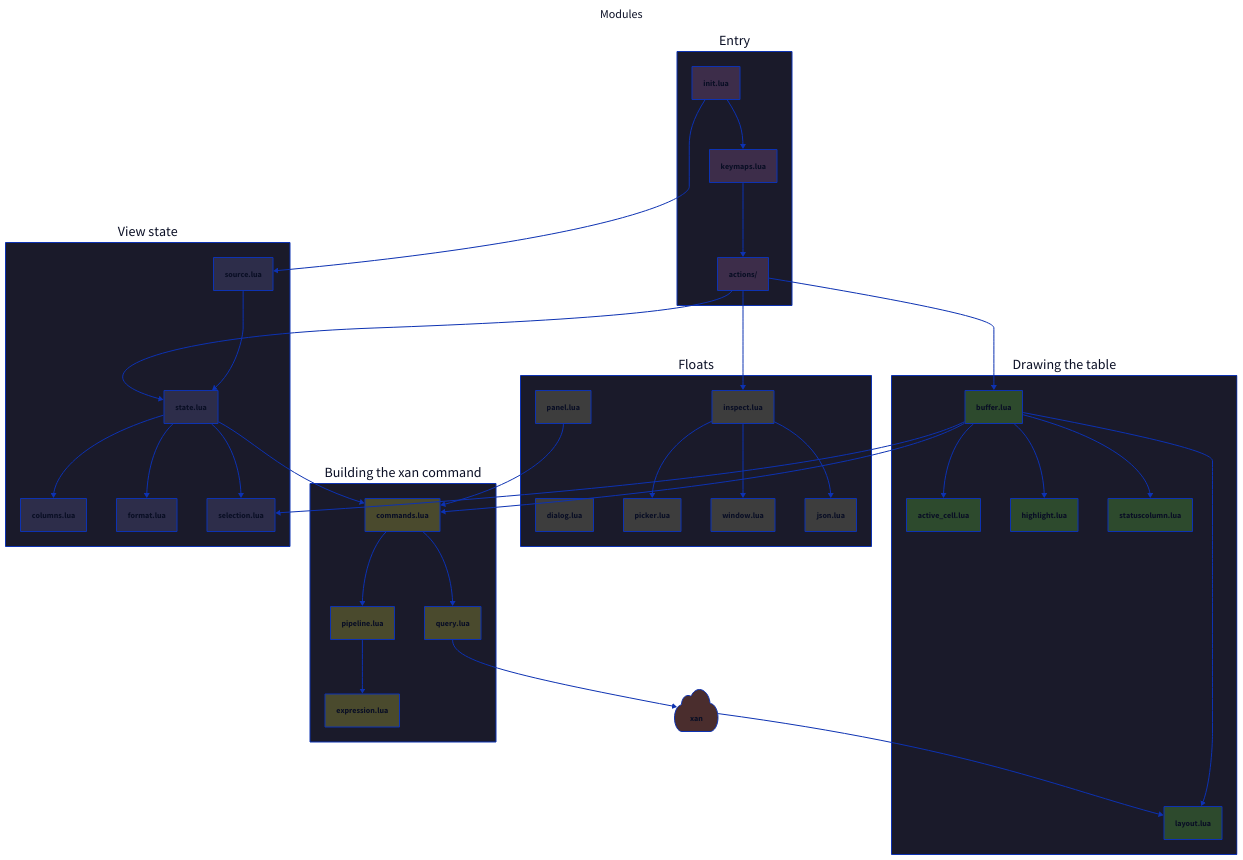
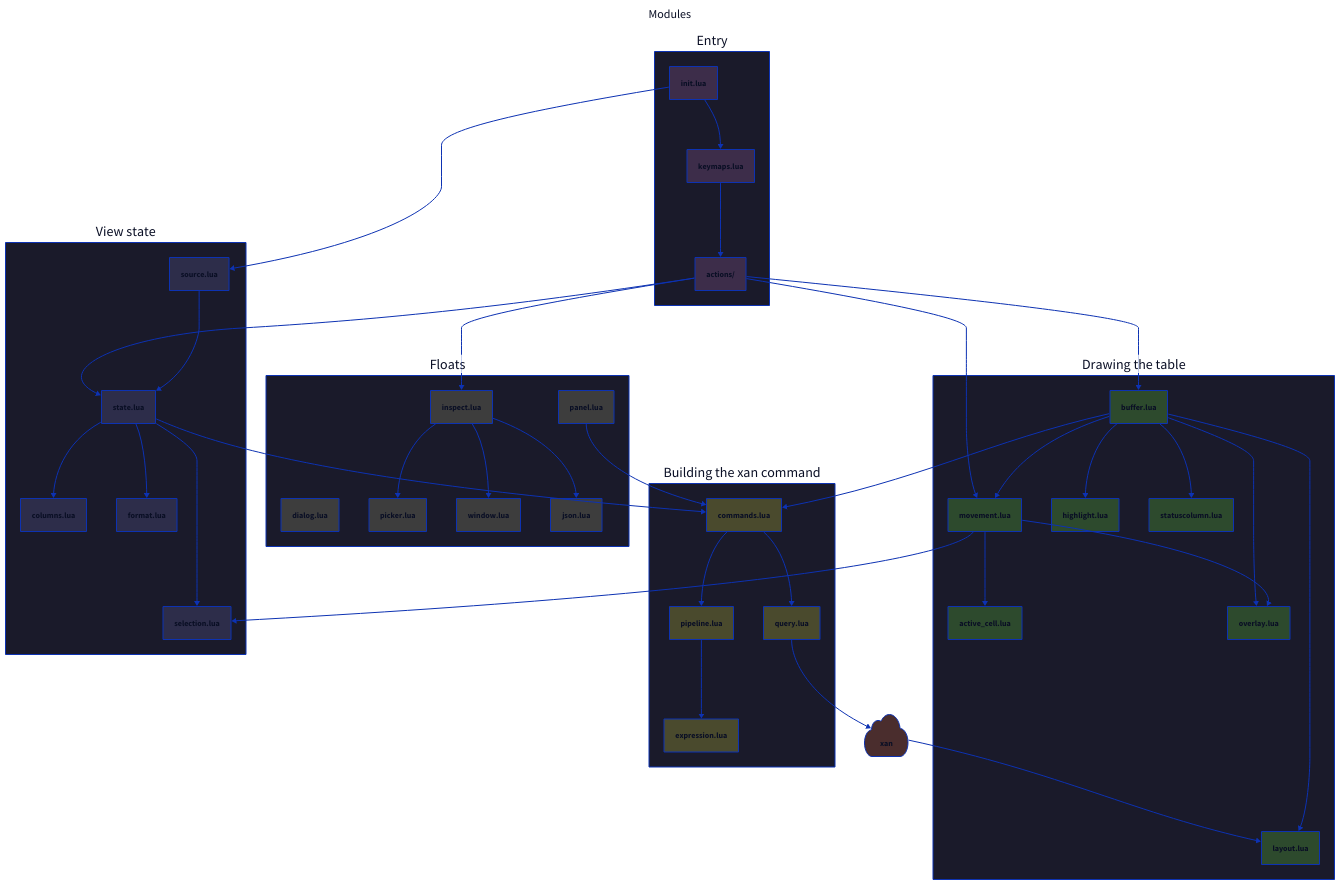
One commit to cseickel/csv-table.nvim changed the diagram in docs/01-overview.d2. Above: the diagram before and after it, drawn with D2. The commit also changed 21 other files, not shown here.

First line of the commit message:
feat: redesign selection, movement and yank formats

```diff
--- a/docs/01-overview.d2
+++ b/docs/01-overview.d2
@@ -1,89 +1,95 @@
 direction: down
 
 title: Modules {
   near: top-center
   shape: text
   style.font-size: 24
 }
 
 classes: {
   entry: {style.fill: "#3d2d4a"}
   state: {style.fill: "#2d2d4a"}
   build: {style.fill: "#4a4a2d"}
   draw: {style.fill: "#2d4a2d"}
   ui: {style.fill: "#3d3d3d"}
   external: {style.fill: "#4a2d2d"}
 }
 
 entry: Entry {
   style.fill: "#1a1a2a"
   init: init.lua {class: entry}
   keymaps: keymaps.lua {class: entry}
   actions: actions/ {class: entry}
   init -> keymaps -> actions
 }
 
 state: View state {
   style.fill: "#1a1a2a"
   state_mod: state.lua {class: state}
   columns: columns.lua {class: state}
   format: format.lua {class: state}
   selection: selection.lua {class: state}
   source: source.lua {class: state}
   state_mod -> columns
   state_mod -> format
   state_mod -> selection
   source -> state_mod
 }
 
 build: Building the xan command {
   style.fill: "#1a1a2a"
   commands: commands.lua {class: build}
   pipeline: pipeline.lua {class: build}
   expression: expression.lua {class: build}
   query: query.lua {class: build}
   commands -> pipeline -> expression
   commands -> query
 }
 
 draw: Drawing the table {
   style.fill: "#1a1a2a"
   buffer: buffer.lua {class: draw}
   layout: layout.lua {class: draw}
+  movement: movement.lua {class: draw}
   active_cell: active_cell.lua {class: draw}
+  overlay: overlay.lua {class: draw}
   highlight: highlight.lua {class: draw}
   statuscolumn: statuscolumn.lua {class: draw}
   buffer -> layout
-  buffer -> active_cell
+  buffer -> movement
+  movement -> active_cell
+  movement -> overlay
+  buffer -> overlay
   buffer -> highlight
   buffer -> statuscolumn
 }
 
 ui: Floats {
   style.fill: "#1a1a2a"
   inspect: inspect.lua {class: ui}
   dialog: dialog.lua {class: ui}
   panel: panel.lua {class: ui}
   picker: picker.lua {class: ui}
   window: window.lua {class: ui}
   json: json.lua {class: ui}
   inspect -> window
   inspect -> picker
   inspect -> json
 }
 
 xan: xan {
   class: external
   shape: cloud
 }
 
 entry.actions -> state.state_mod
 entry.actions -> draw.buffer
+entry.actions -> draw.movement
 entry.actions -> ui.inspect
 entry.init -> state.source
 draw.buffer -> build.commands
-draw.buffer -> state.selection
+draw.movement -> state.selection
 build.query -> xan
 xan -> draw.layout
 ui.panel -> build.commands
 state.state_mod -> build.commands
```
